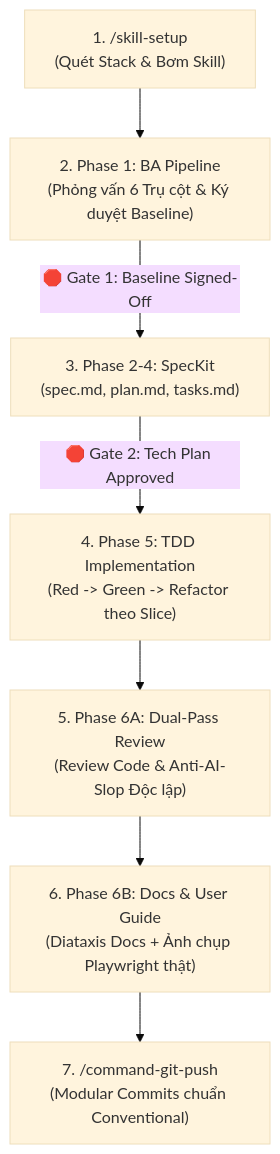
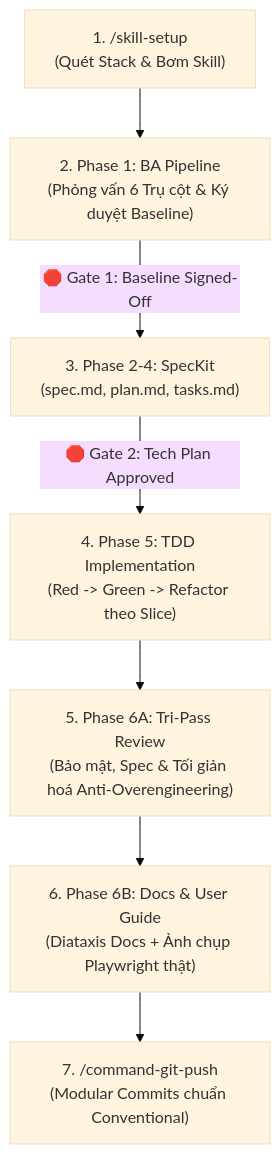
The third of 3 diagrams in README.md (ahauy/universal-agents-workflow), drawn with Mermaid (base theme) before and after one commit. The commit also changed other lines of this file and 8 other files, not shown here.

````diff
--- a/README.md
+++ b/README.md
@@ -196,9 +198,9 @@
 ```mermaid
 flowchart TD
     S1["1. /skill-setup<br/>(Quét Stack & Bơm Skill)"] --> S2["2. Phase 1: BA Pipeline<br/>(Phỏng vấn 6 Trụ cột & Ký duyệt Baseline)"]
     S2 -->|🛑 Gate 1: Baseline Signed-Off| S3["3. Phase 2-4: SpecKit<br/>(spec.md, plan.md, tasks.md)"]
     S3 -->|🛑 Gate 2: Tech Plan Approved| S4["4. Phase 5: TDD Implementation<br/>(Red -> Green -> Refactor theo Slice)"]
-    S4 --> S5["5. Phase 6A: Dual-Pass Review<br/>(Review Code & Anti-AI-Slop Độc lập)"]
+    S4 --> S5["5. Phase 6A: Tri-Pass Review<br/>(Bảo mật, Spec & Tối giản hoá Anti-Overengineering)"]
     S5 --> S6["6. Phase 6B: Docs & User Guide<br/>(Diataxis Docs + Ảnh chụp Playwright thật)"]
     S6 --> S7["7. /command-git-push<br/>(Modular Commits chuẩn Conventional)"]
 ```
````
